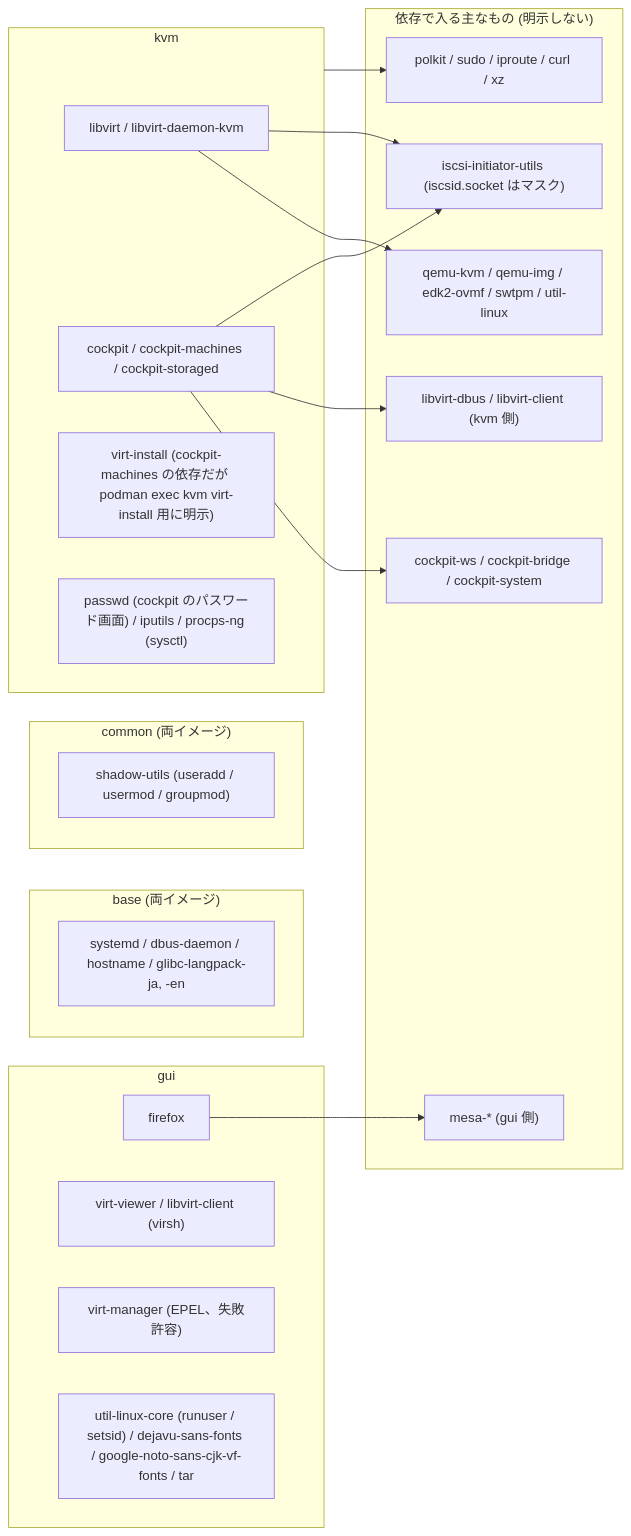
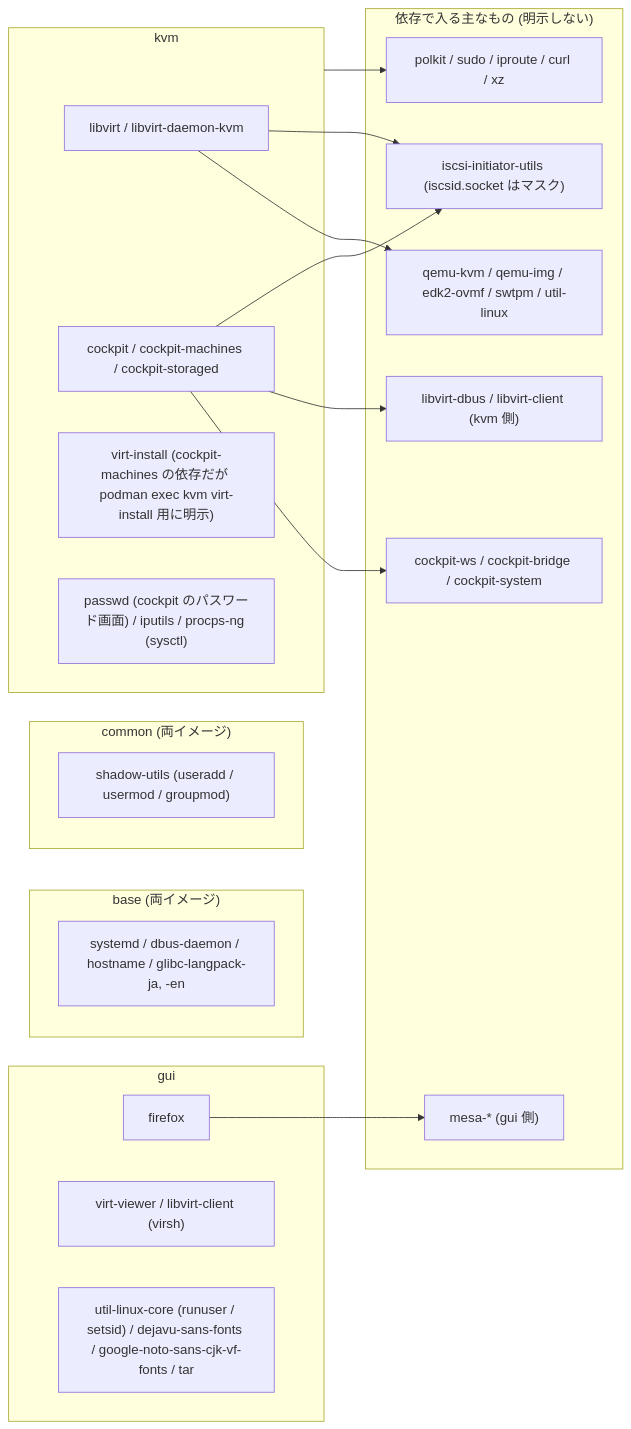
Before and after one commit to ryo-aoki-pc/kvm-container: the fifth of 22 diagrams in docs/SPEC.md, drawn with Mermaid. The commit also changed other lines of this file and 6 other files, not shown here.

First line of the commit message:
virt-manager を削除する (#24)

````diff
--- a/docs/SPEC.md
+++ b/docs/SPEC.md
@@ -318,36 +317,35 @@
 ```mermaid
 flowchart LR
   subgraph base ["base (両イメージ)"]
     b1["systemd / dbus-daemon / hostname / glibc-langpack-ja, -en"]
   end
   subgraph common ["common (両イメージ)"]
     c1["shadow-utils (useradd / usermod / groupmod)"]
   end
   subgraph kvm ["kvm"]
     k1["libvirt / libvirt-daemon-kvm"]
     k2["cockpit / cockpit-machines / cockpit-storaged"]
     k3["virt-install (cockpit-machines の依存だが podman exec kvm virt-install 用に明示)"]
     k4["passwd (cockpit のパスワード画面) / iputils / procps-ng (sysctl)"]
   end
   subgraph gui ["gui"]
     g1["firefox"]
     g2["virt-viewer / libvirt-client (virsh)"]
-    g3["virt-manager (EPEL、失敗許容)"]
-    g4["util-linux-core (runuser / setsid) / dejavu-sans-fonts / google-noto-sans-cjk-vf-fonts / tar"]
+    g3["util-linux-core (runuser / setsid) / dejavu-sans-fonts / google-noto-sans-cjk-vf-fonts / tar"]
   end
   subgraph deps ["依存で入る主なもの (明示しない)"]
     qemu["qemu-kvm / qemu-img / edk2-ovmf / swtpm / util-linux"]
     ckw["cockpit-ws / cockpit-bridge / cockpit-system"]
     dbus["libvirt-dbus / libvirt-client (kvm 側)"]
     pol["polkit / sudo / iproute / curl / xz"]
     iscsi["iscsi-initiator-utils (iscsid.socket はマスク)"]
     mesa["mesa-* (gui 側)"]
   end
   k1 --> qemu
   k1 --> iscsi
   k2 --> ckw
   k2 --> dbus
   k2 --> iscsi
   kvm --> pol
   g1 --> mesa
 ```
````
